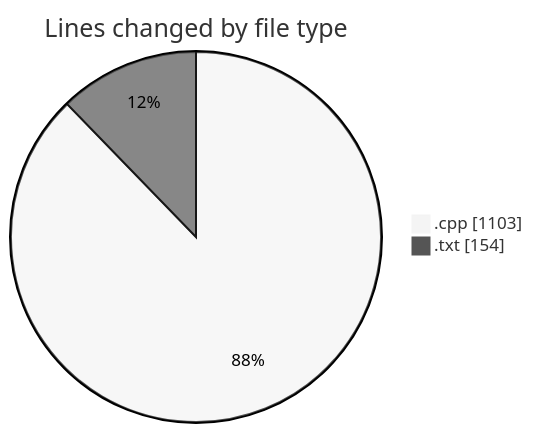
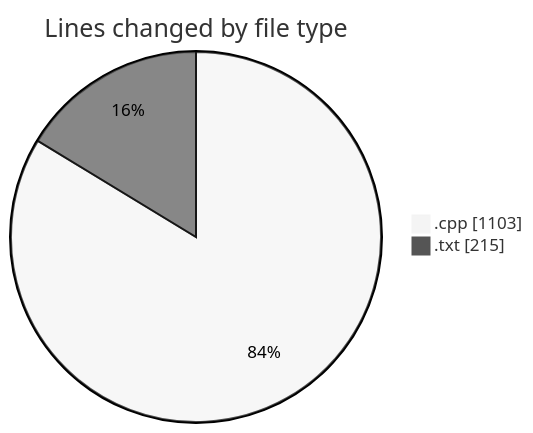
Before and after one commit to Ritupan-Deka/code-tracking: the first of 2 diagrams in 2025-06-21/refinedproject/README.md, drawn with Mermaid (neutral theme). The commit also changed other lines of this file and 1 other file, not shown here.

````diff
--- a/2025-06-21/refinedproject/README.md
+++ b/2025-06-21/refinedproject/README.md
@@ -25,6 +25,6 @@
 ```mermaid
 pie showData
 title Lines changed by file type
 ".cpp" : 1103
-".txt" : 154
+".txt" : 215
 ```
````
